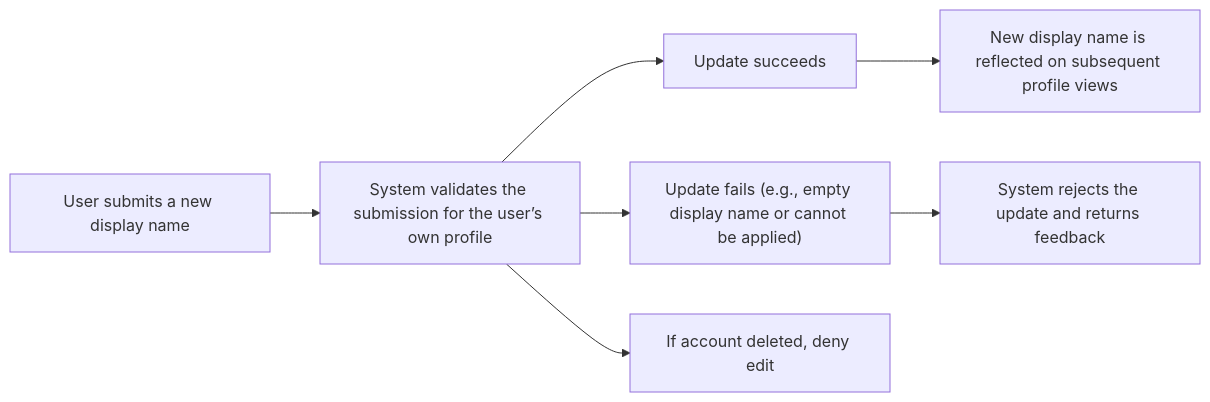
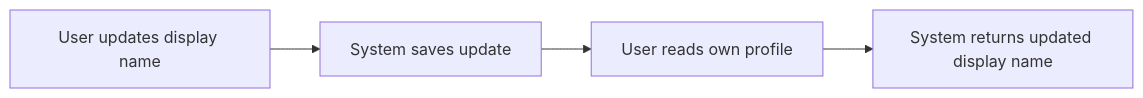
The fifth of 21 diagrams in openai/gpt-5.4-nano/todo/docs/analysis/03-functional-requirements.md (wrtnlabs/autobe-examples), drawn with Mermaid before and after one commit. The commit also changed other lines of this file and 32093 other files, not shown here.

````diff
--- a/openai/gpt-5.4-nano/todo/docs/analysis/03-functional-requirements.md
+++ b/openai/gpt-5.4-nano/todo/docs/analysis/03-functional-requirements.md
@@ -135,9 +188,6 @@
 ```mermaid
 flowchart LR
-    A["User submits a new display name"] --> B["System validates the submission for the user’s own profile"]
-    B --> C["Update succeeds"]
-    C --> D["New display name is reflected on subsequent profile views"]
-    B --> E["Update fails (e.g., empty display name or cannot be applied)"]
-    E --> F["System rejects the update and returns feedback"]
-    B --> G["If account deleted, deny edit"]
+A["User updates display name"] --> B["System saves update"]
+B --> C["User reads own profile"]
+C --> D["System returns updated display name"]
 ```
````
